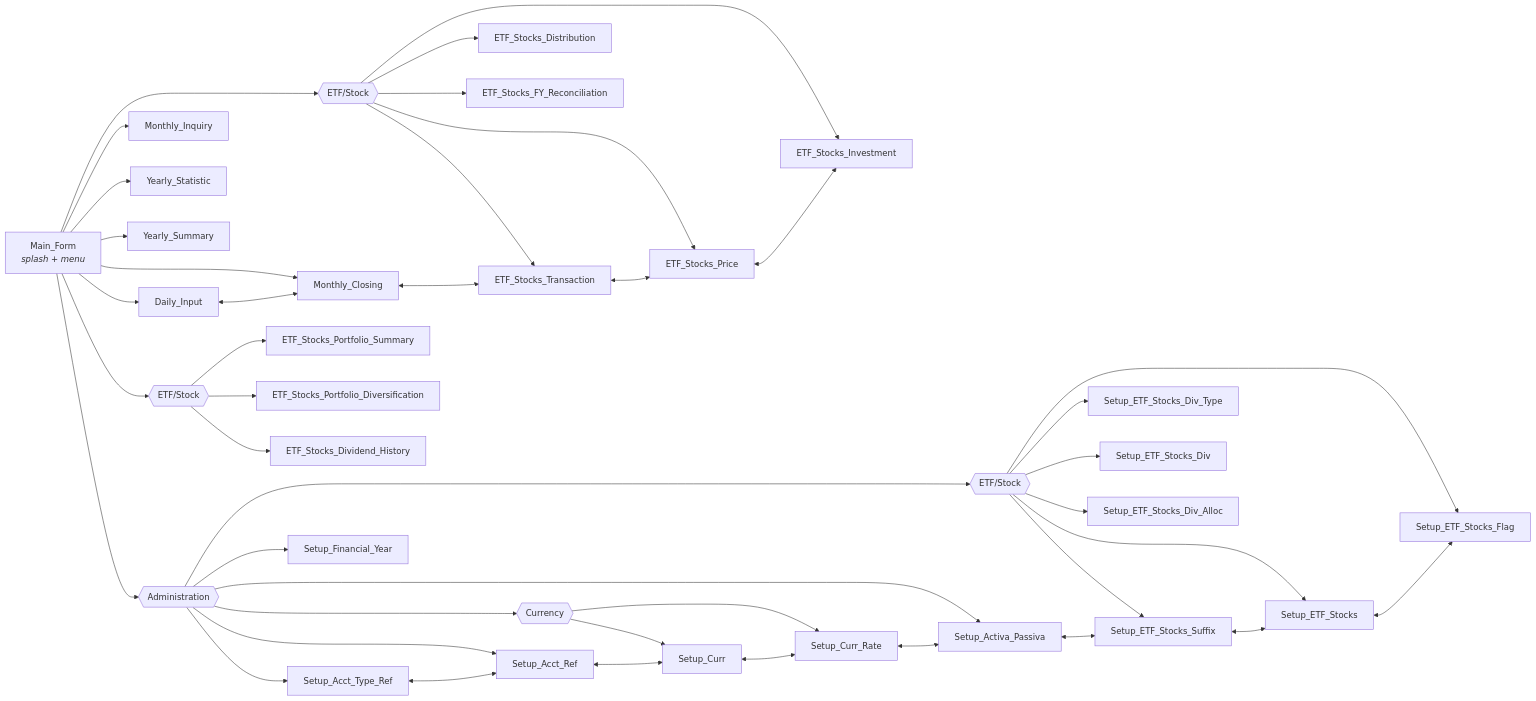
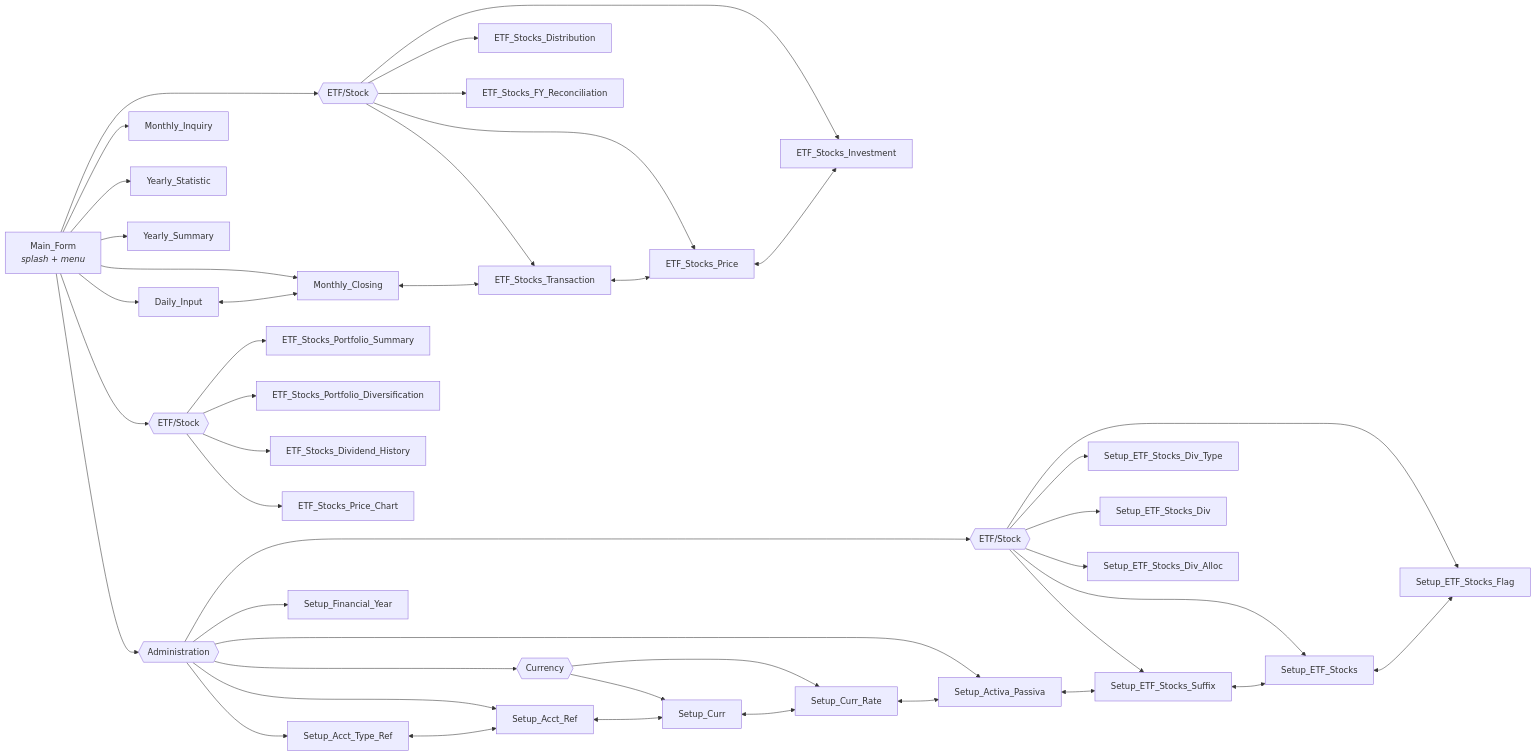
One commit to oscar-rijadi/FinancialBalance changed the second of 3 diagrams in README.md. Above: the diagram before and after it, drawn with Mermaid. The commit also changed other lines of this file and 34 other files, not shown here.

Commit message:
Implement Stock Price Chart

````diff
--- a/README.md
+++ b/README.md
@@ -101,49 +101,50 @@
 ```mermaid
 flowchart LR
     MAIN["Main_Form<br/><i>splash + menu</i>"]
 
     MAIN --> DI["Daily_Input"]
     MAIN --> MC["Monthly_Closing"]
     MAIN --> PETFG{{"ETF/Stock"}}
     PETFG --> ETP["ETF_Stocks_Price"]
     PETFG --> ETI["ETF_Stocks_Investment"]
     PETFG --> ETX["ETF_Stocks_Transaction"]
     PETFG --> ETD["ETF_Stocks_Distribution"]
     PETFG --> ETR["ETF_Stocks_FY_Reconciliation"]
     MAIN --> MI["Monthly_Inquiry"]
     MAIN --> YT["Yearly_Statistic"]
     MAIN --> YS["Yearly_Summary"]
     MAIN --> PORTG{{"ETF/Stock"}}
     PORTG --> PSUM["ETF_Stocks_Portfolio_Summary"]
     PORTG --> PDIV["ETF_Stocks_Portfolio_Diversification"]
     PORTG --> PDVH["ETF_Stocks_Dividend_History"]
+    PORTG --> PPCH["ETF_Stocks_Price_Chart"]
 
     MAIN --> ADMIN{{"Administration"}}
     ADMIN --> SATR["Setup_Acct_Type_Ref"]
     ADMIN --> SAR["Setup_Acct_Ref"]
     ADMIN --> CURG{{"Currency"}}
     CURG --> SC["Setup_Curr"]
     CURG --> SCR["Setup_Curr_Rate"]
     ADMIN --> SAP["Setup_Activa_Passiva"]
     ADMIN --> SFY["Setup_Financial_Year"]
     ADMIN --> ETFG{{"ETF/Stock"}}
     ETFG --> SES["Setup_ETF_Stocks_Suffix"]
     ETFG --> SET["Setup_ETF_Stocks"]
     ETFG --> SEF["Setup_ETF_Stocks_Flag"]
     ETFG --> SDT["Setup_ETF_Stocks_Div_Type"]
     ETFG --> SDV["Setup_ETF_Stocks_Div"]
     ETFG --> SDA["Setup_ETF_Stocks_Div_Alloc"]
 
     DI <--> MC
     MC <--> ETX
     ETX <--> ETP
     ETP <--> ETI
 
     SATR <--> SAR
     SAR <--> SC
     SC <--> SCR
     SCR <--> SAP
     SAP <--> SES
     SES <--> SET
     SET <--> SEF
 ```
````
